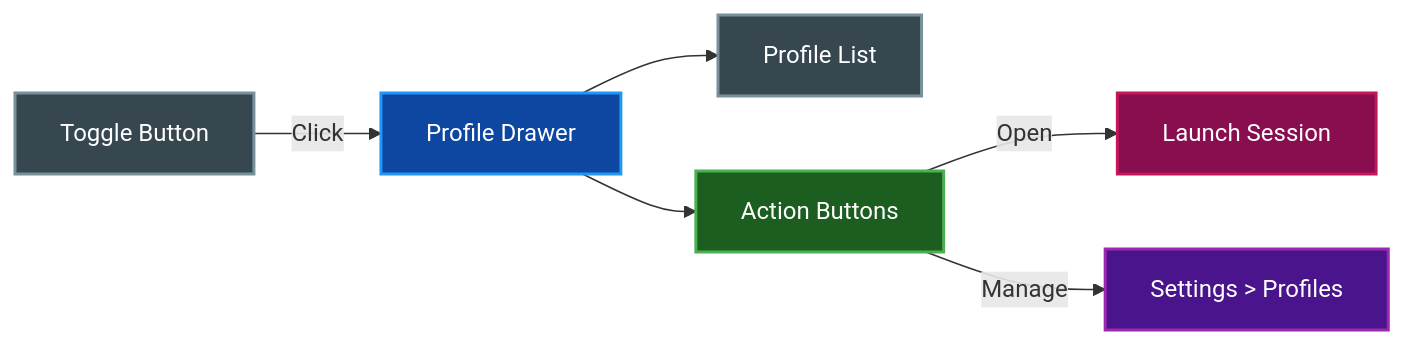
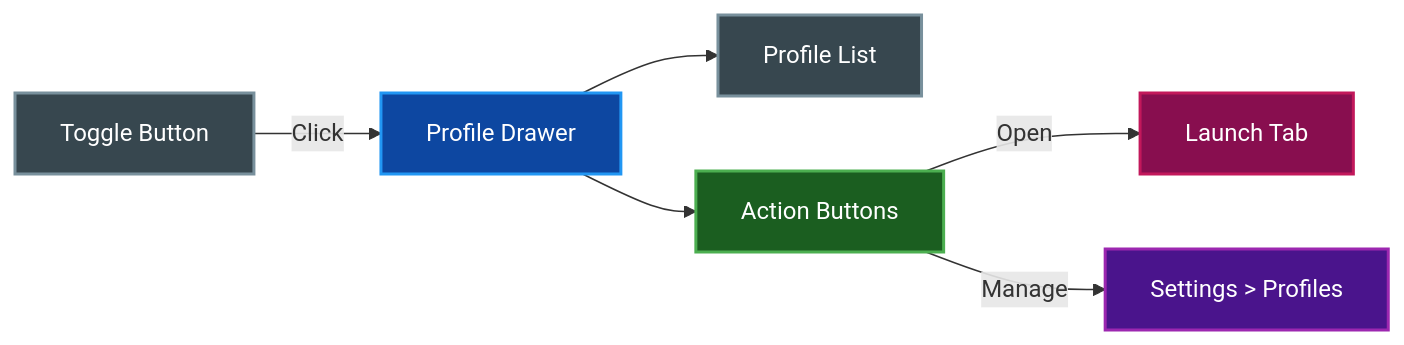
Before and after one commit to paulrobello/par-term: the second of 3 diagrams in docs/features/PROFILES.md, drawn with Mermaid. The commit also changed other lines of this file and 83 other files, not shown here.

````diff
--- a/docs/features/PROFILES.md
+++ b/docs/features/PROFILES.md
@@ -135,20 +135,20 @@
 ```mermaid
 flowchart LR
     Toggle[Toggle Button]
     Drawer[Profile Drawer]
     List[Profile List]
     Actions[Action Buttons]
 
     Toggle -->|Click| Drawer
     Drawer --> List
     Drawer --> Actions
-    Actions -->|Open| Launch[Launch Session]
+    Actions -->|Open| Launch[Launch Tab]
     Actions -->|Manage| Settings[Settings > Profiles]
 
     style Toggle fill:#37474f,stroke:#78909c,stroke-width:2px,color:#ffffff
     style Drawer fill:#0d47a1,stroke:#2196f3,stroke-width:2px,color:#ffffff
     style List fill:#37474f,stroke:#78909c,stroke-width:2px,color:#ffffff
     style Actions fill:#1b5e20,stroke:#4caf50,stroke-width:2px,color:#ffffff
     style Launch fill:#880e4f,stroke:#c2185b,stroke-width:2px,color:#ffffff
     style Settings fill:#4a148c,stroke:#9c27b0,stroke-width:2px,color:#ffffff
 ```
````
